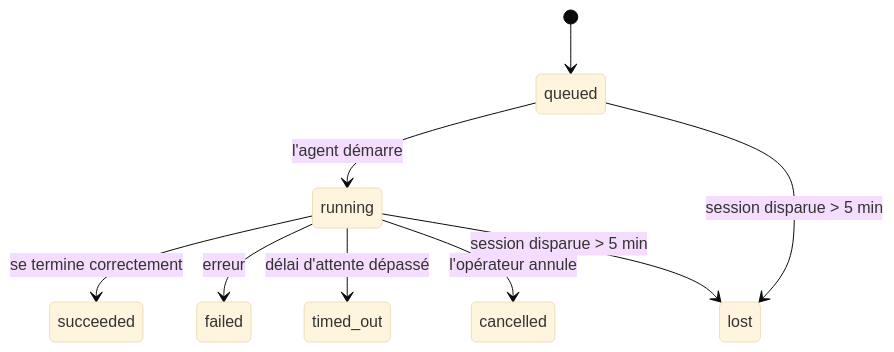
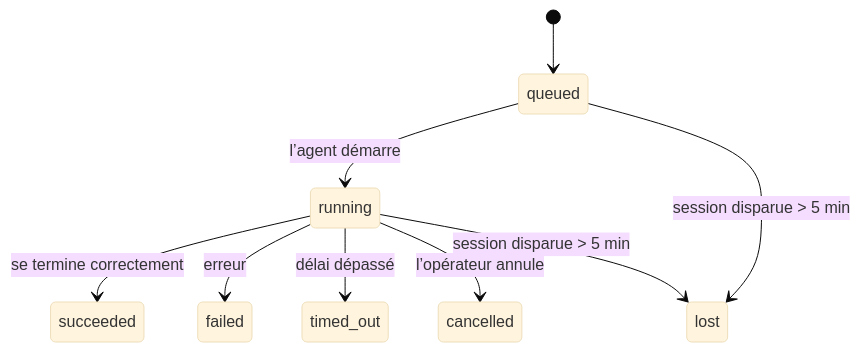
Before and after one commit to daichangya/openclaw-docs: the diagram in docs/fr/automation/tasks.md, drawn with Mermaid (base theme). The commit also changed other lines of this file and 9 other files, not shown here.

````diff
--- a/docs/fr/automation/tasks.md
+++ b/docs/fr/automation/tasks.md
@@ -103,11 +99,11 @@
 ```mermaid
 stateDiagram-v2
     [*] --> queued
-    queued --> running : l'agent démarre
+    queued --> running : l’agent démarre
     running --> succeeded : se termine correctement
     running --> failed : erreur
-    running --> timed_out : délai d'attente dépassé
-    running --> cancelled : l'opérateur annule
+    running --> timed_out : délai dépassé
+    running --> cancelled : l’opérateur annule
     queued --> lost : session disparue > 5 min
     running --> lost : session disparue > 5 min
 ```
````
